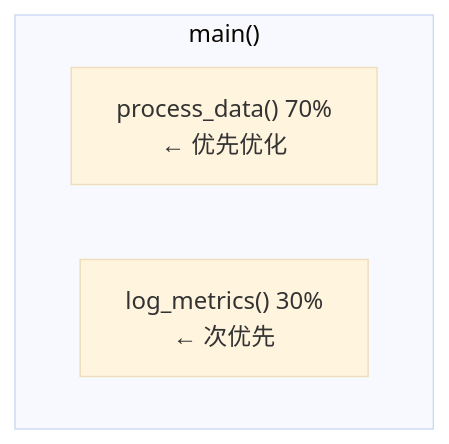
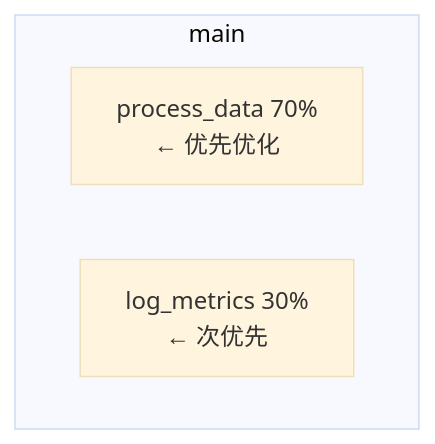
Before and after one commit to jpixy/jpixy.github.io: diagram 15 of 16 in content/articles/linux/linux-37-perf性能分析工具深度解析.md, drawn with Mermaid (base theme). The commit also changed other lines of this file and 66 other files, not shown here.

Commit message:
fix: resolve Mermaid syntax errors by removing parentheses in node labels

````diff
--- a/content/articles/linux/linux-37-perf性能分析工具深度解析.md
+++ b/content/articles/linux/linux-37-perf性能分析工具深度解析.md
@@ -831,7 +831,7 @@
 ```mermaid
 graph TB
-    subgraph main["main()"]
-        PD["process_data() 70%<br>← 优先优化"]
-        LM["log_metrics() 30%<br>← 次优先"]
+    subgraph main["main"]
+        PD["process_data 70%<br>← 优先优化"]
+        LM["log_metrics 30%<br>← 次优先"]
     end
 ```
````
